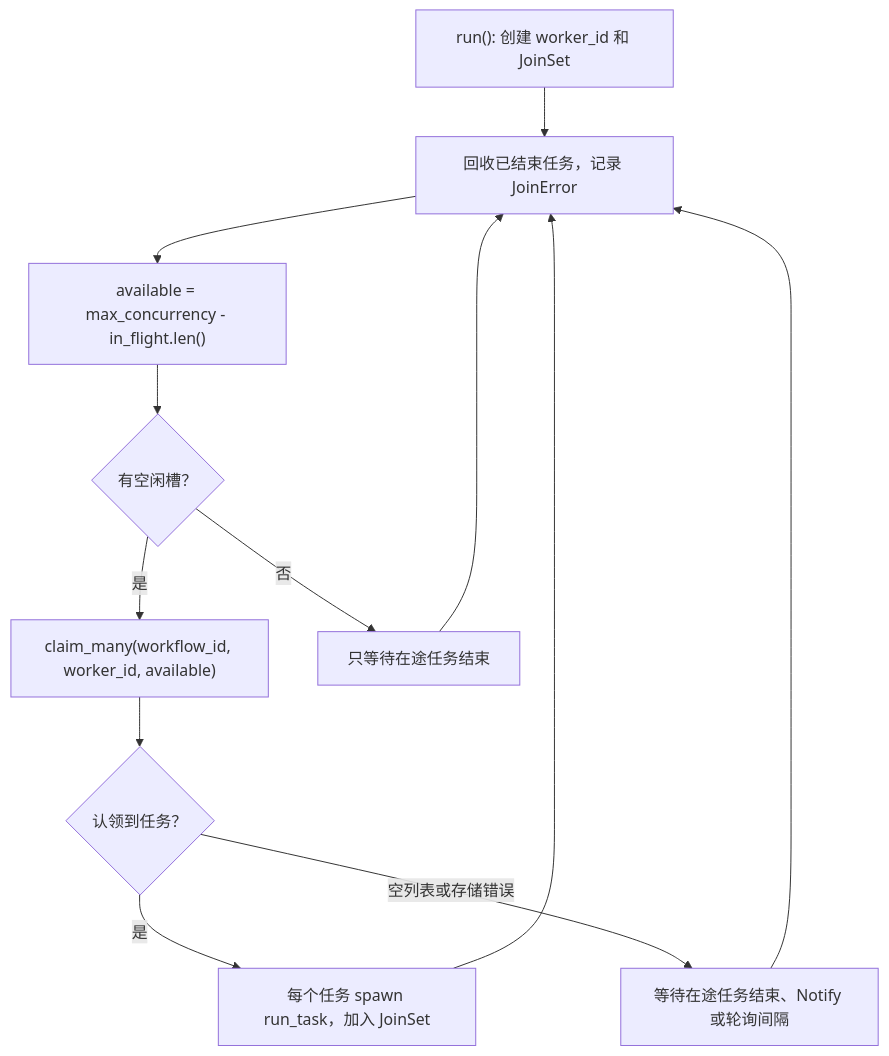
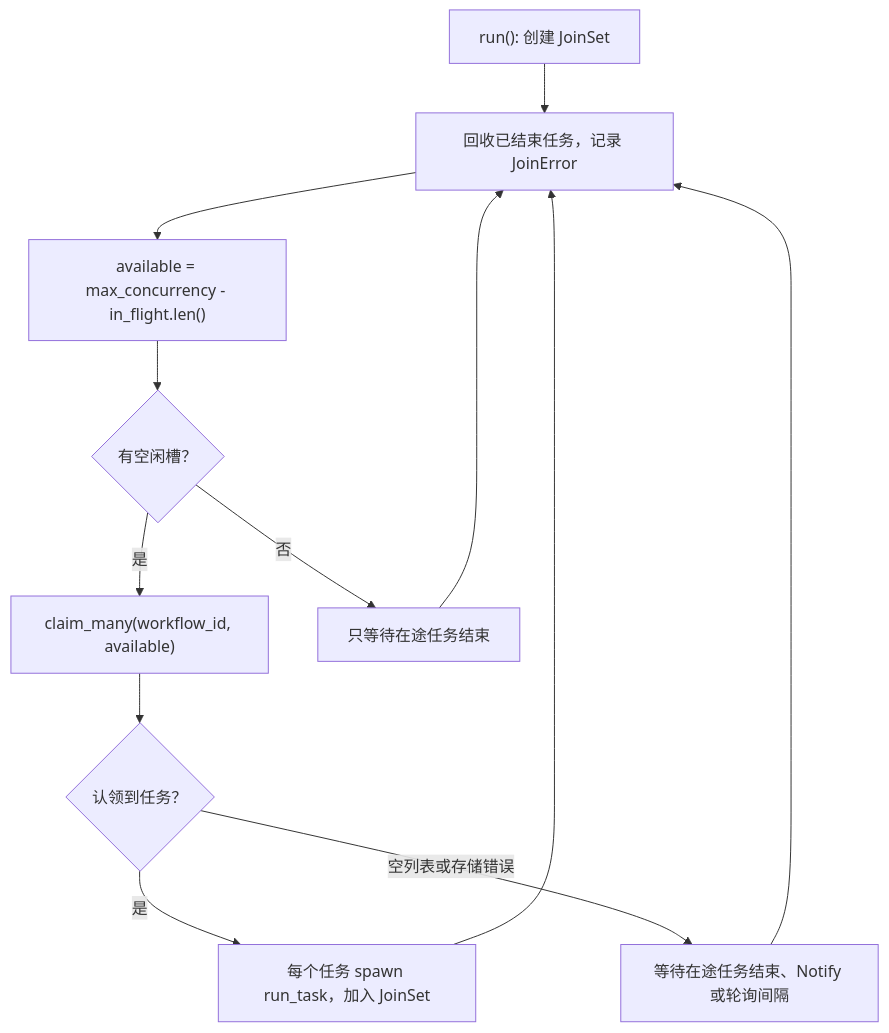
The first of 2 diagrams in docs/scheduler-design.md (lzcers/workflow-engine), drawn with Mermaid before and after one commit. The commit also changed other lines of this file and 36 other files, not shown here.

````diff
--- a/docs/scheduler-design.md
+++ b/docs/scheduler-design.md
@@ -63,14 +62,14 @@
 ```mermaid
 flowchart TD
-    Start["run(): 创建 worker_id 和 JoinSet"] --> Reap["回收已结束任务，记录 JoinError"]
+    Start["run(): 创建 JoinSet"] --> Reap["回收已结束任务，记录 JoinError"]
     Reap --> Slots["available = max_concurrency - in_flight.len()"]
     Slots --> HasSlot{"有空闲槽？"}
-    HasSlot -- 是 --> Claim["claim_many(workflow_id, worker_id, available)"]
+    HasSlot -- 是 --> Claim["claim_many(workflow_id, available)"]
     Claim --> HasTasks{"认领到任务？"}
     HasTasks -- 是 --> Spawn["每个任务 spawn run_task，加入 JoinSet"]
     Spawn --> Reap
     HasTasks -- "空列表或存储错误" --> Wait["等待在途任务结束、Notify 或轮询间隔"]
     HasSlot -- 否 --> Full["只等待在途任务结束"]
     Wait --> Reap
     Full --> Reap
 ```
````
